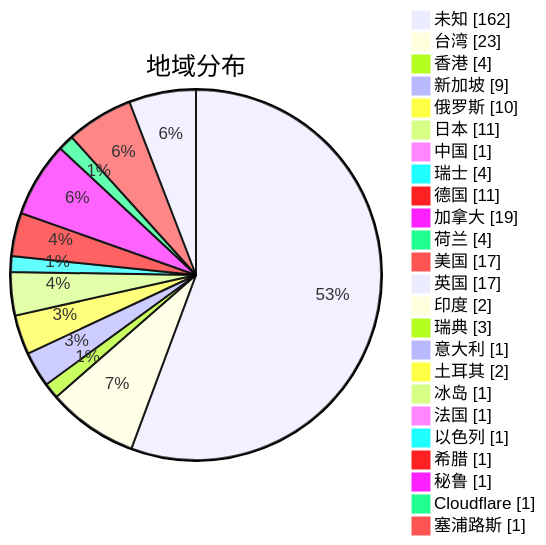
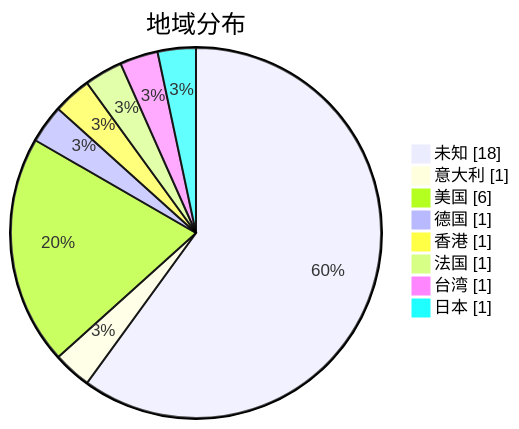
The second of 3 diagrams in subs/statistics/tested_within.md (sinspired/airport), drawn with Mermaid before and after one commit. The commit also changed other lines of this file and 2 other files, not shown here.

Commit message:
Committed by metaST

````diff
--- a/subs/statistics/tested_within.md
+++ b/subs/statistics/tested_within.md
@@ -14,28 +10,12 @@
 ```mermaid
 pie showData
 title 地域分布
-"未知" : 162
-"台湾" : 23
-"香港" : 4
-"新加坡" : 9
-"俄罗斯" : 10
-"日本" : 11
-"中国" : 1
-"瑞士" : 4
-"德国" : 11
-"加拿大" : 19
-"荷兰" : 4
-"美国" : 17
-"英国" : 17
-"印度" : 2
-"瑞典" : 3
+"未知" : 18
 "意大利" : 1
-"土耳其" : 2
-"冰岛" : 1
+"美国" : 6
+"德国" : 1
+"香港" : 1
 "法国" : 1
-"以色列" : 1
-"希腊" : 1
-"秘鲁" : 1
-"Cloudflare" : 1
-"塞浦路斯" : 1
+"台湾" : 1
+"日本" : 1
 ```
````
